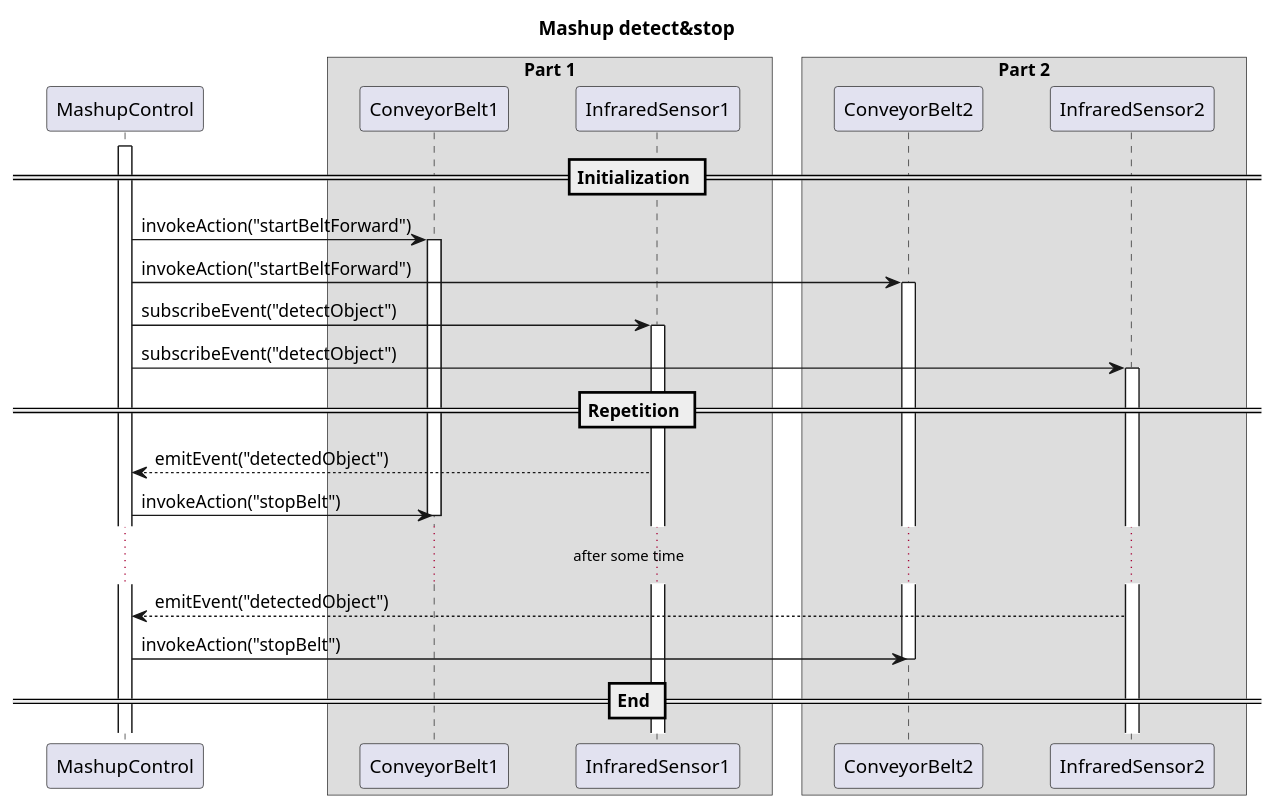
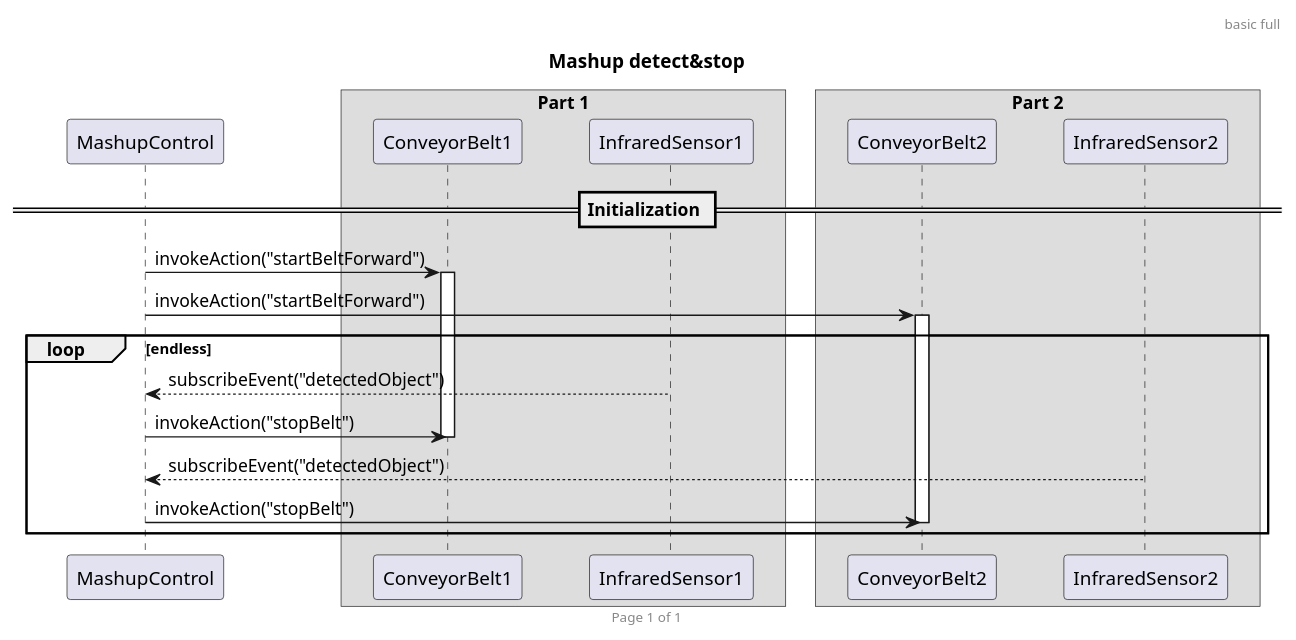
The diagram in SequenceDiagrams/SequenceDiagramUML_mashup_detect_stop.wsd (tum-esi/wot-sys), drawn with PlantUML before and after one commit.

Commit message:
Replace SequenceDiagramUML_mashup_detect_stop.wsd

```diff
--- a/SequenceDiagrams/SequenceDiagramUML_mashup_detect_stop.wsd
+++ b/SequenceDiagrams/SequenceDiagramUML_mashup_detect_stop.wsd
@@ -1,48 +1,42 @@
 @startuml
+header basic full
+footer Page %page% of %lastpage%
 
 title Mashup detect&stop
 
 skinparam ParticipantPadding 20
 skinparam BoxPadding 10
 
 participant MashupControl as MC
 
 box "Part 1"
 participant ConveyorBelt1 as CB1
 participant InfraredSensor1 as IS1
 end box
 
 box "Part 2"
 participant ConveyorBelt2 as CB2
 participant InfraredSensor2 as IS2
 end box
 
 
 == Initialization ==
 
-activate MC
-
 MC -> CB1: invokeAction("startBeltForward")
 activate CB1
 MC -> CB2: invokeAction("startBeltForward")
 activate CB2
 
-MC -> IS1: subscribeEvent("detectObject")
-activate IS1
-MC -> IS2: subscribeEvent("detectObject")
-activate IS2
+loop endless
 
-== Repetition ==
-
-MC <-- IS1: emitEvent("detectedObject")
+MC <-- IS1: subscribeEvent("detectedObject")
 MC -> CB1: invokeAction("stopBelt")
 deactivate CB1
 
-... after some time ...
-
-MC <-- IS2: emitEvent("detectedObject")
+MC <-- IS2: subscribeEvent("detectedObject")
 MC -> CB2: invokeAction("stopBelt")
 deactivate CB2
 
-== End ==
+end 
+
 @enduml
```
